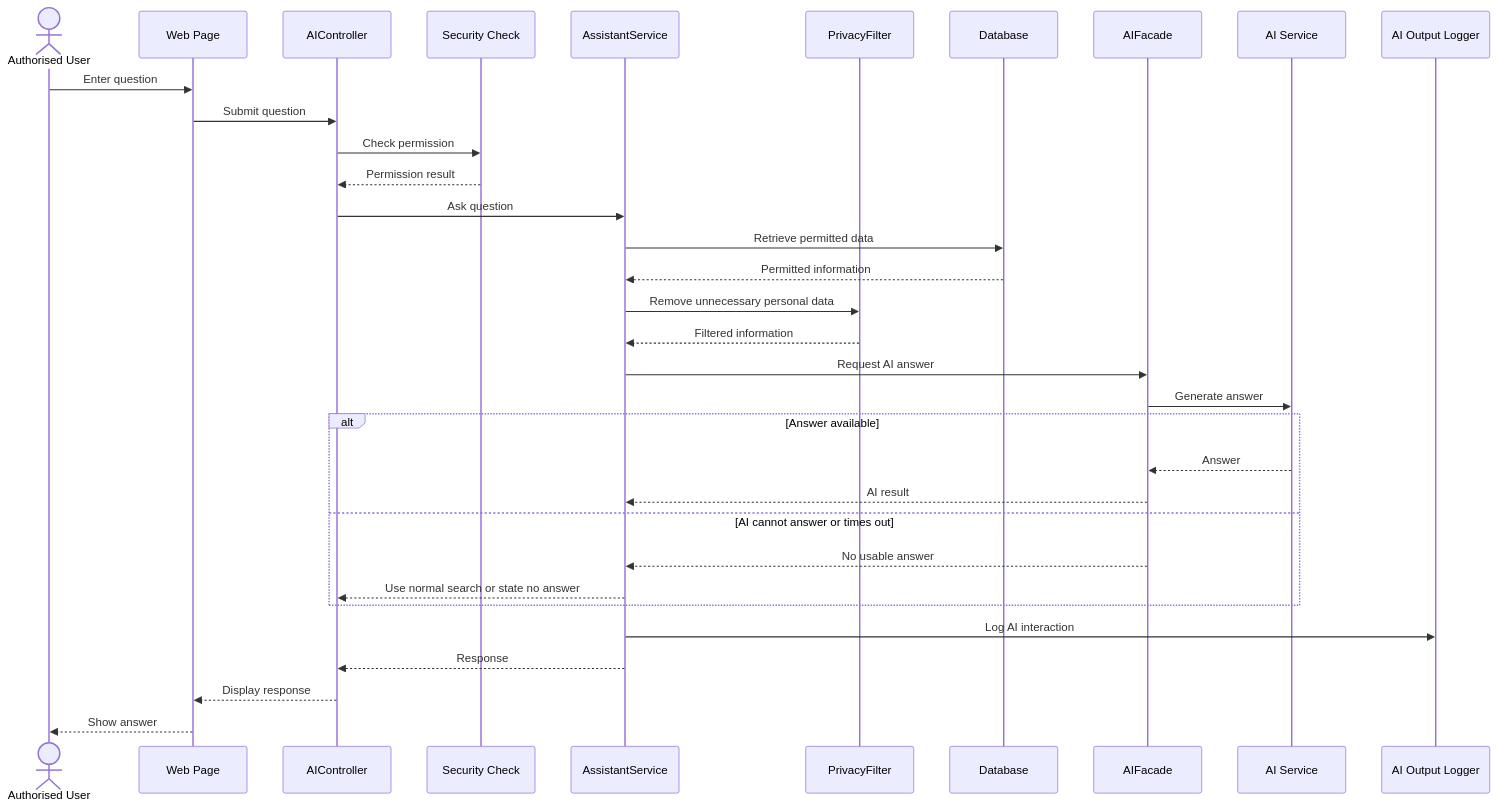
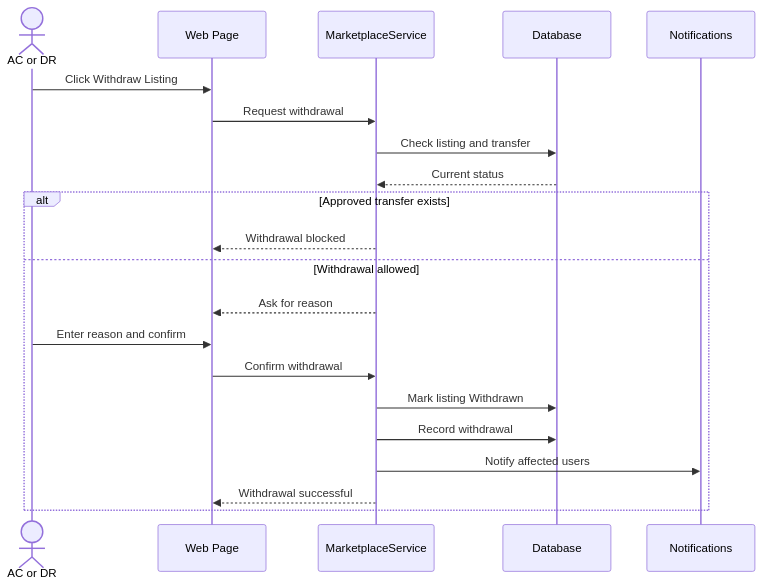
One commit to Abdulla66541/COSC336-GROUP5 changed the fourth of 12 diagrams in phase 4-5/01_part1_assets_marketplace_requests.md. Above: the diagram before and after it, drawn with Mermaid. The commit also changed other lines of this file, not shown here.

````diff
--- a/phase 4-5/01_part1_assets_marketplace_requests.md
+++ b/phase 4-5/01_part1_assets_marketplace_requests.md
@@ -211,38 +188,25 @@
 ```mermaid
 sequenceDiagram
-    actor U as Authorised User
+    actor U as AC or DR
     participant UI as Web Page
-    participant AIC as AIController
-    participant SEC as Security Check
-    participant AS as AssistantService
-    participant PF as PrivacyFilter
+    participant S as MarketplaceService
     participant DB as Database
-    participant AF as AIFacade
-    participant AI as AI Service
-    participant LOG as AI Output Logger
+    participant N as Notifications
 
-    U->>UI: Enter question
-    UI->>AIC: Submit question
-    AIC->>SEC: Check permission
-    SEC-->>AIC: Permission result
-    AIC->>AS: Ask question
-    AS->>DB: Retrieve permitted data
-    DB-->>AS: Permitted information
-    AS->>PF: Remove unnecessary personal data
-    PF-->>AS: Filtered information
-    AS->>AF: Request AI answer
-    AF->>AI: Generate answer
+    U->>UI: Click Withdraw Listing
+    UI->>S: Request withdrawal
+    S->>DB: Check listing and transfer
+    DB-->>S: Current status
 
-    alt Answer available
-        AI-->>AF: Answer
-        AF-->>AS: AI result
-    else AI cannot answer or times out
-        AF-->>AS: No usable answer
-        AS-->>AIC: Use normal search or state no answer
+    alt Approved transfer exists
+        S-->>UI: Withdrawal blocked
+    else Withdrawal allowed
+        S-->>UI: Ask for reason
+        U->>UI: Enter reason and confirm
+        UI->>S: Confirm withdrawal
+        S->>DB: Mark listing Withdrawn
+        S->>DB: Record withdrawal
+        S->>N: Notify affected users
+        S-->>UI: Withdrawal successful
     end
-
-    AS->>LOG: Log AI interaction
-    AS-->>AIC: Response
-    AIC-->>UI: Display response
-    UI-->>U: Show answer
 ```
````
